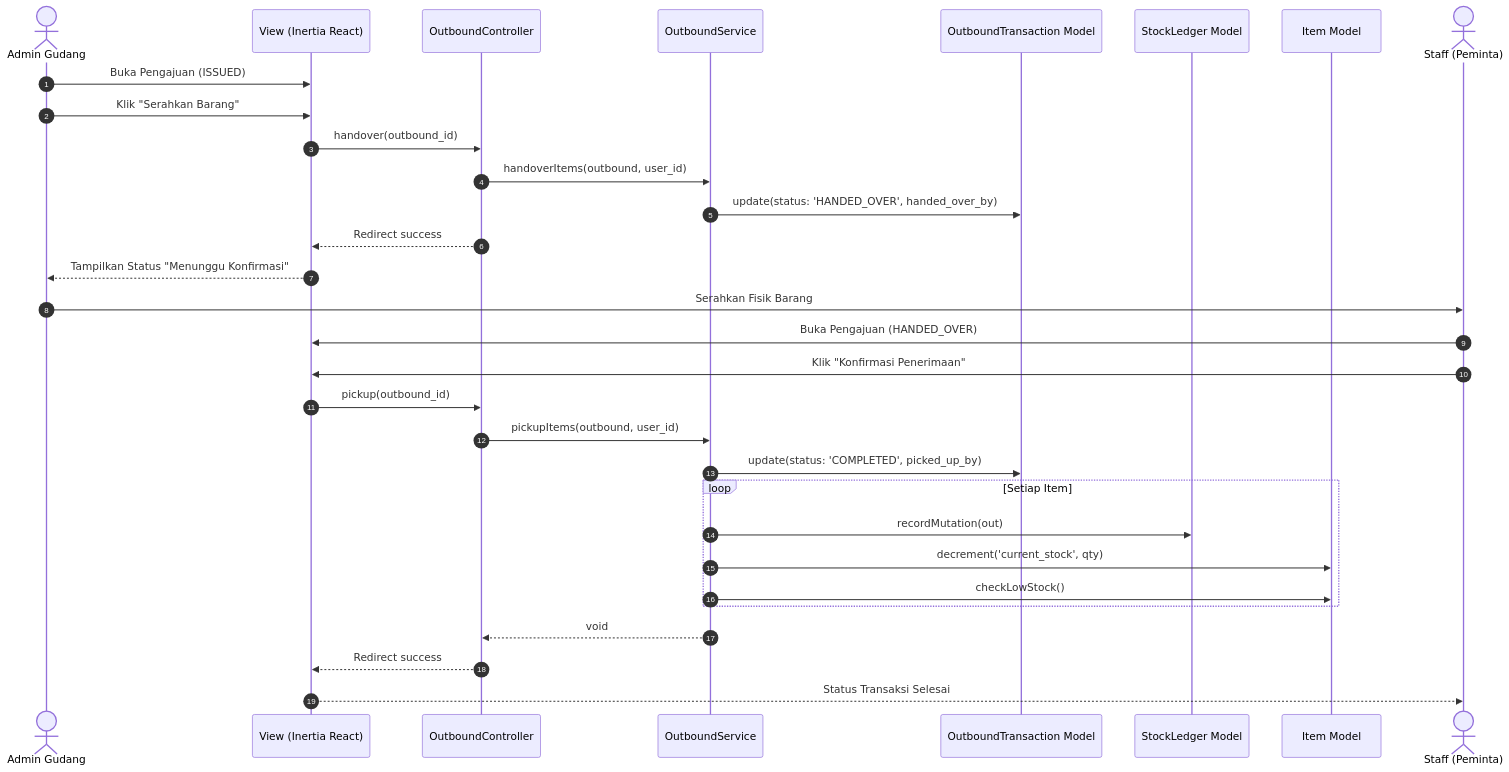
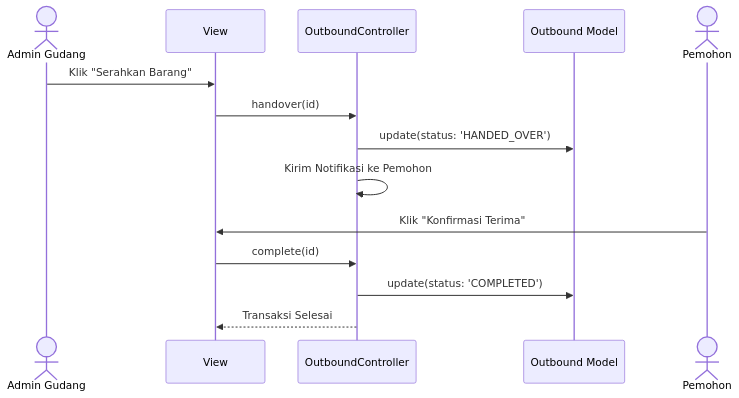
One commit to wahyu2021/SIMPATIK changed the ninth of 14 diagrams in laporan_sequence_diagram.md. Above: the diagram before and after it, drawn with Mermaid. The commit also changed other lines of this file and 34 other files, not shown here.

Commit message:
Menyempurnakan logika seeder (User, Master Barang, dan Transaksi) agar lebih realistis

````diff
--- a/laporan_sequence_diagram.md
+++ b/laporan_sequence_diagram.md
@@ -137,41 +230,20 @@
 ```mermaid
 sequenceDiagram
-    autonumber
     actor AG as Admin Gudang
-    participant V as View (Inertia React)
+    participant V as View
     participant C as OutboundController
-    participant S as OutboundService
-    participant MO as OutboundTransaction Model
-    participant ML as StockLedger Model
-    participant MItem as Item Model
-    actor R as Staff (Peminta)
+    participant M as Outbound Model
+    actor P as Pemohon
 
-    %% Handover
-    AG->>V: Buka Pengajuan (ISSUED)
+    %% Tahap 1: Penyerahan
     AG->>V: Klik "Serahkan Barang"
-    V->>C: handover(outbound_id)
-    C->>S: handoverItems(outbound, user_id)
-    S->>MO: update(status: 'HANDED_OVER', handed_over_by)
-    C-->>V: Redirect success
-    V-->>AG: Tampilkan Status "Menunggu Konfirmasi"
+    V->>C: handover(id)
+    C->>M: update(status: 'HANDED_OVER')
+    C->>C: Kirim Notifikasi ke Pemohon
     
-    AG->>R: Serahkan Fisik Barang
-    
-    %% Pickup
-    R->>V: Buka Pengajuan (HANDED_OVER)
-    R->>V: Klik "Konfirmasi Penerimaan"
-    V->>C: pickup(outbound_id)
-    C->>S: pickupItems(outbound, user_id)
-    
-    S->>MO: update(status: 'COMPLETED', picked_up_by)
-    
-    loop Setiap Item
-        S->>ML: recordMutation(out)
-        S->>MItem: decrement('current_stock', qty)
-        S->>MItem: checkLowStock()
-    end
-    
-    S-->>C: void
-    C-->>V: Redirect success
-    V-->>R: Status Transaksi Selesai
+    %% Tahap 2: Konfirmasi
+    P->>V: Klik "Konfirmasi Terima"
+    V->>C: complete(id)
+    C->>M: update(status: 'COMPLETED')
+    C-->>V: Transaksi Selesai
 ```
````
